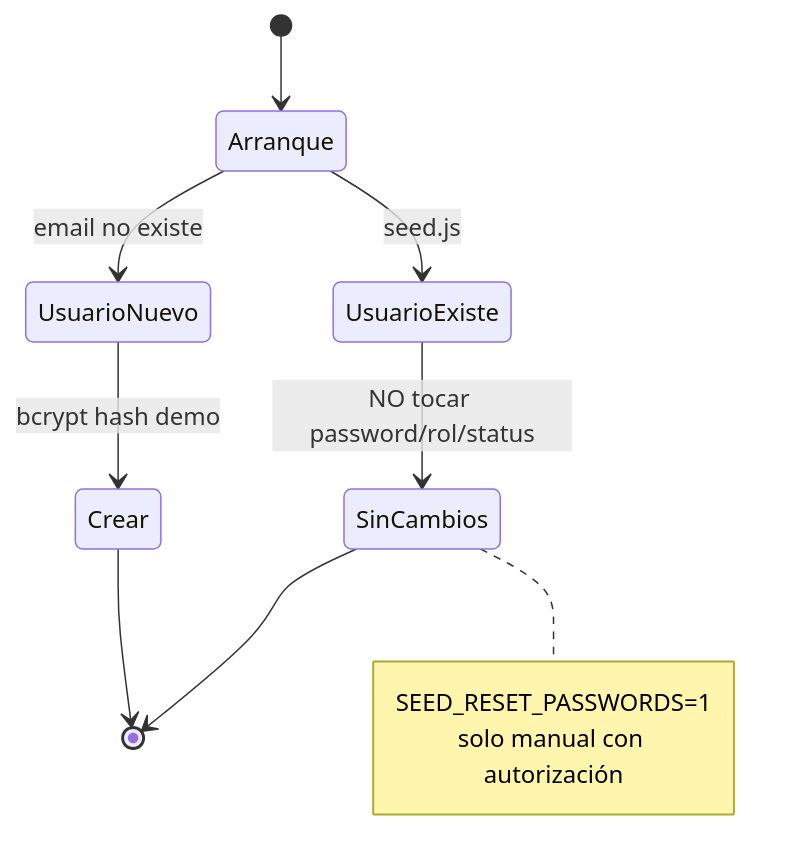
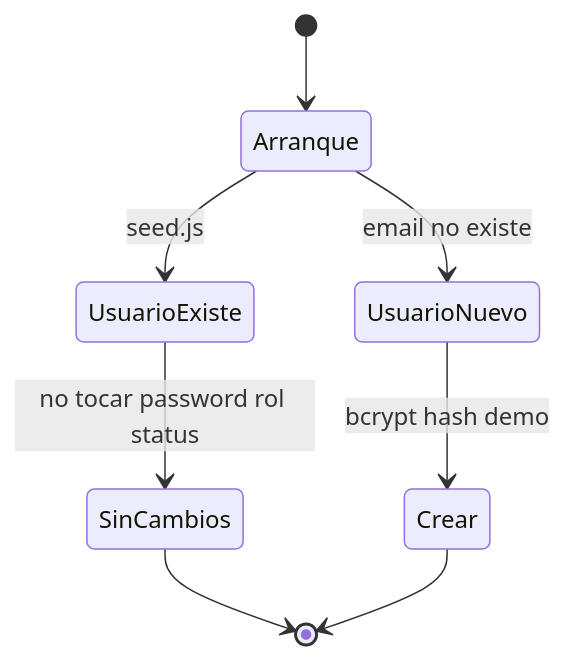
The sixth of 10 diagrams in README.md (Alejostone1/Desarpro), drawn with Mermaid before and after one commit. The commit also changed other lines of this file and 4 other files, not shown here.

Commit message:
Docs: README completo con galeria de capturas y Mermaid compatible GitHub.

````diff
--- a/README.md
+++ b/README.md
@@ -229,15 +345,10 @@
 ```mermaid
 stateDiagram-v2
     [*] --> Arranque
     Arranque --> UsuarioExiste: seed.js
-    UsuarioExiste --> SinCambios: NO tocar password/rol/status
+    UsuarioExiste --> SinCambios: no tocar password rol status
     Arranque --> UsuarioNuevo: email no existe
     UsuarioNuevo --> Crear: bcrypt hash demo
     SinCambios --> [*]
     Crear --> [*]
-
-    note right of SinCambios
-      SEED_RESET_PASSWORDS=1
-      solo manual con autorización
-    end note
 ```
````
